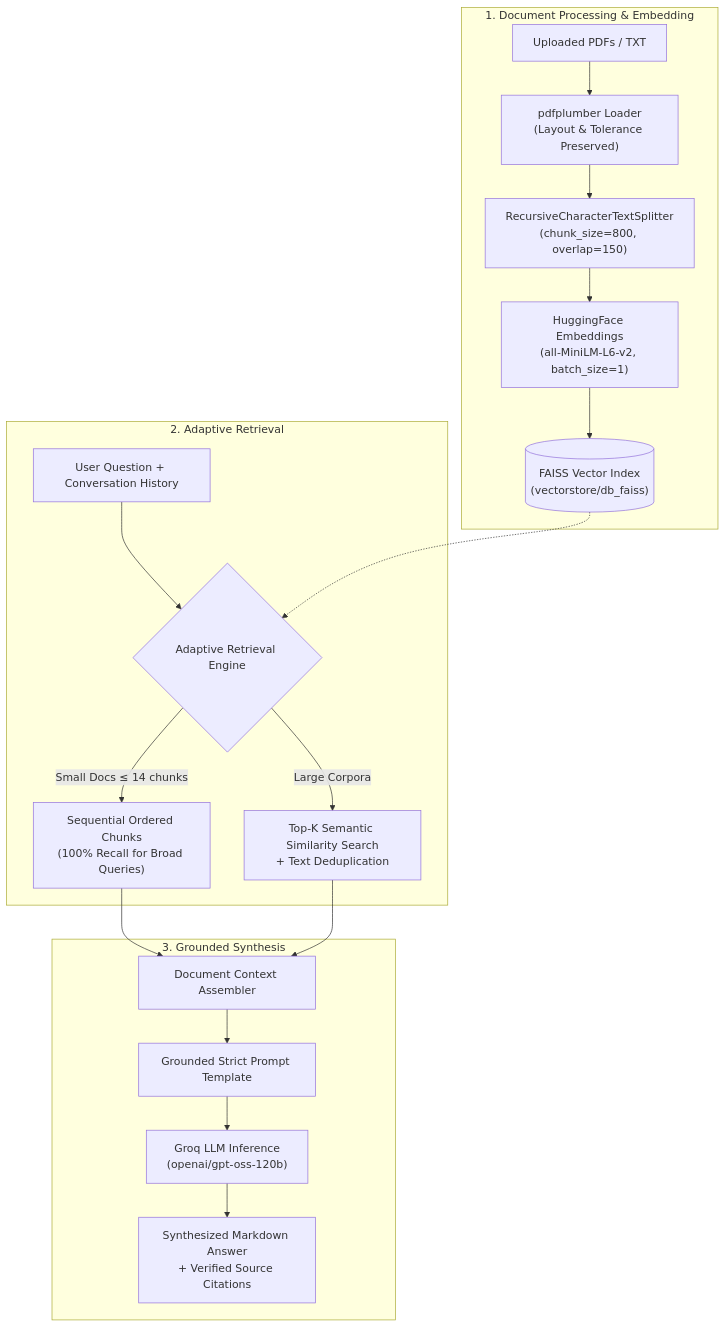
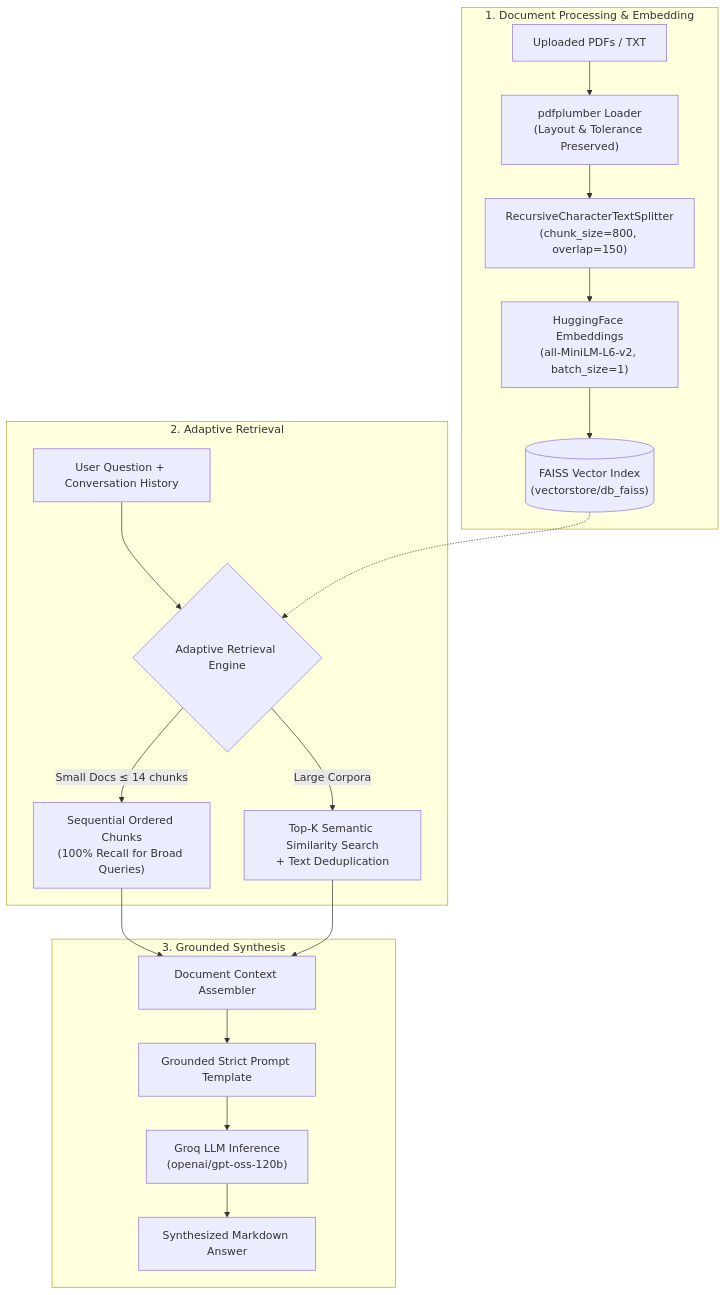
The diagram in README.md (chanchalanharsh18/Retrieva), drawn with Mermaid before and after one commit. The commit also changed other lines of this file, not shown here.

````diff
--- a/README.md
+++ b/README.md
@@ -93,24 +83,24 @@
 ```mermaid
 flowchart TD
     subgraph INGESTION["1. Document Processing & Embedding"]
         PDF["Uploaded PDFs / TXT"] --> LOADER["pdfplumber Loader\n(Layout & Tolerance Preserved)"]
         LOADER --> CHUNKER["RecursiveCharacterTextSplitter\n(chunk_size=800, overlap=150)"]
         CHUNKER --> EMBED["HuggingFace Embeddings\n(all-MiniLM-L6-v2, batch_size=1)"]
         EMBED --> FAISS[("FAISS Vector Index\n(vectorstore/db_faiss)")]
     end
 
     subgraph QUERY["2. Adaptive Retrieval"]
         USER_Q["User Question + Conversation History"] --> RETRIEVER{"Adaptive Retrieval Engine"}
         FAISS -.-> RETRIEVER
         RETRIEVER -->|Small Docs ≤ 14 chunks| FULL_ORDER["Sequential Ordered Chunks\n(100% Recall for Broad Queries)"]
         RETRIEVER -->|Large Corpora| SEMANTIC["Top-K Semantic Similarity Search\n+ Text Deduplication"]
     end
 
     subgraph INFERENCE["3. Grounded Synthesis"]
         FULL_ORDER --> CONTEXT["Document Context Assembler"]
         SEMANTIC --> CONTEXT
         CONTEXT --> PROMPT["Grounded Strict Prompt Template"]
         PROMPT --> GROQ["Groq LLM Inference\n(openai/gpt-oss-120b)"]
-        GROQ --> RESP["Synthesized Markdown Answer\n+ Verified Source Citations"]
+        GROQ --> RESP["Synthesized Markdown Answer"]
     end
 ```
````
